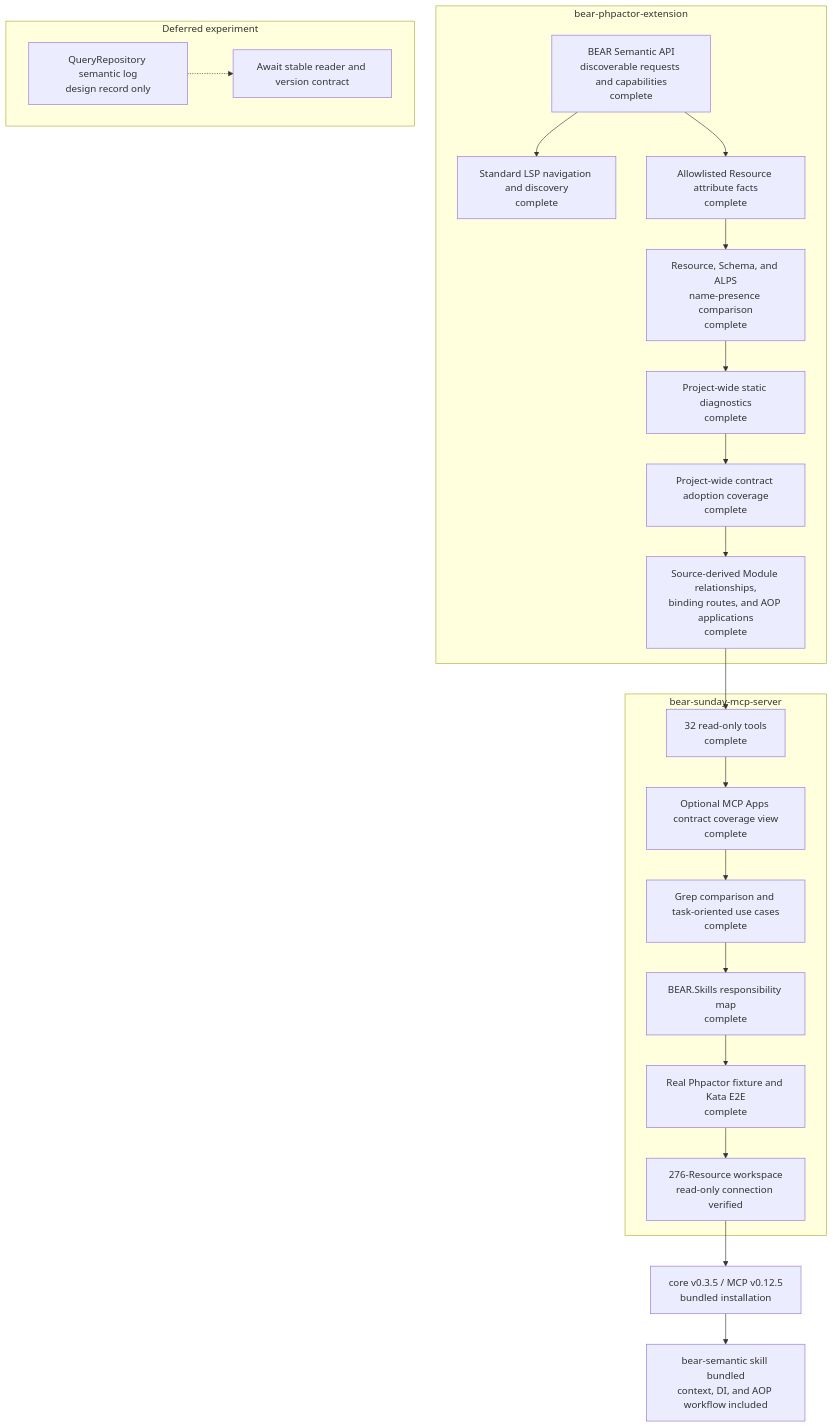
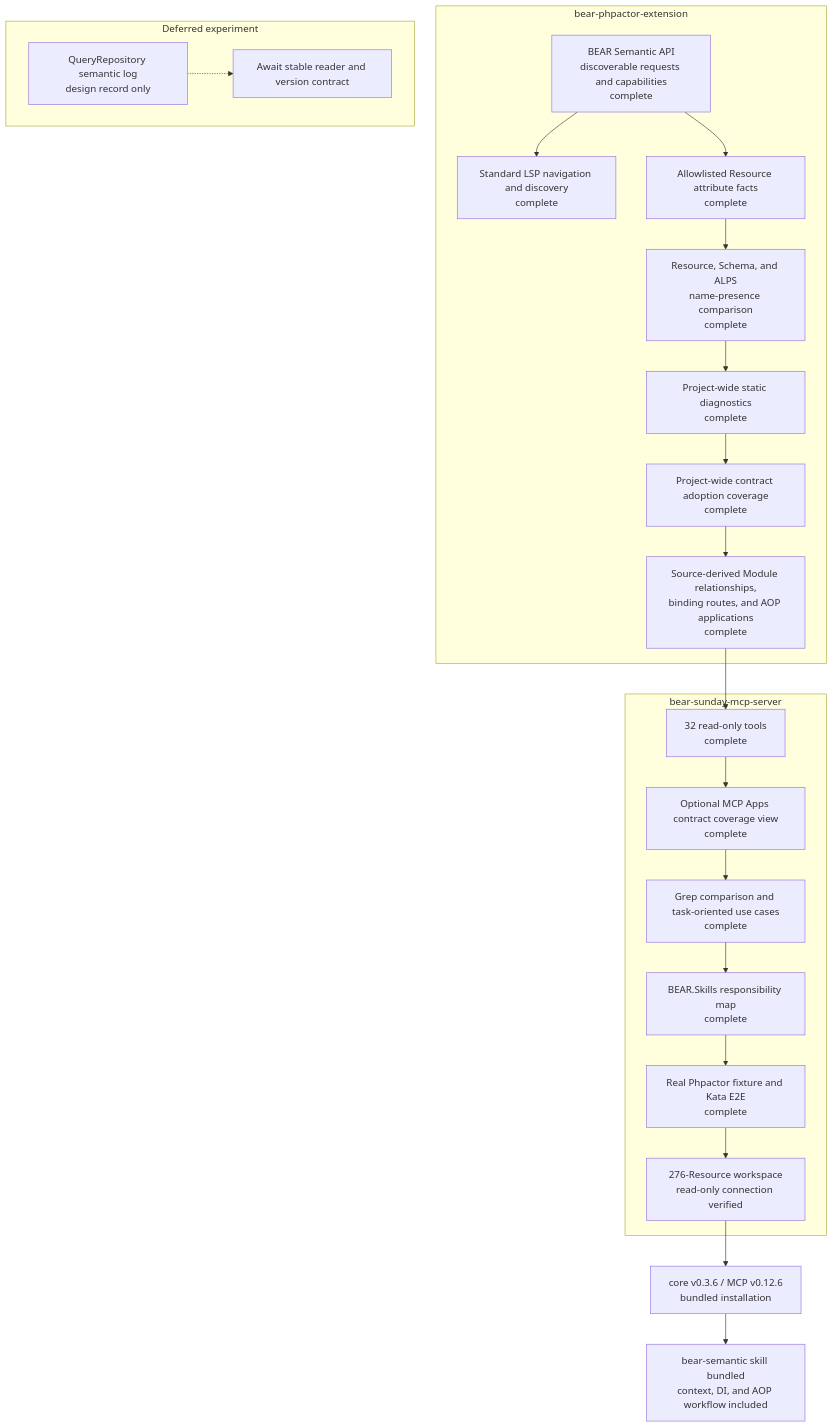
One commit to suzumaze/bear-sunday-mcp-server changed the diagram in docs/project-status.md. Above: the diagram before and after it, drawn with Mermaid. The commit also changed other lines of this file and 7 other files, not shown here.

````diff
--- a/docs/project-status.md
+++ b/docs/project-status.md
@@ -9,35 +9,35 @@
 ```mermaid
 flowchart TB
     subgraph Core["bear-phpactor-extension"]
         C1["BEAR Semantic API<br/>discoverable requests and capabilities<br/>complete"]
         C2["Standard LSP navigation and discovery<br/>complete"]
         C3["Allowlisted Resource attribute facts<br/>complete"]
         C4["Resource, Schema, and ALPS<br/>name-presence comparison<br/>complete"]
         C5["Project-wide static diagnostics<br/>complete"]
         C6["Project-wide contract adoption coverage<br/>complete"]
         C7["Source-derived Module relationships,<br/>binding routes, and AOP applications<br/>complete"]
         C1 --> C2
         C1 --> C3 --> C4 --> C5 --> C6 --> C7
     end
 
     subgraph MCP["bear-sunday-mcp-server"]
         M1["32 read-only tools<br/>complete"]
         M0["Optional MCP Apps contract coverage view<br/>complete"]
         M2["Grep comparison and task-oriented use cases<br/>complete"]
         M3["BEAR.Skills responsibility map<br/>complete"]
         M4["Real Phpactor fixture and Kata E2E<br/>complete"]
         M5["276-Resource workspace<br/>read-only connection verified"]
         M1 --> M0 --> M2 --> M3 --> M4 --> M5
     end
 
     C7 --> M1
 
     subgraph Deferred["Deferred experiment"]
         D1["QueryRepository semantic log<br/>design record only"]
         D2["Await stable reader and version contract"]
         D1 -.-> D2
     end
 
-    M5 --> R1["core v0.3.5 / MCP v0.12.5<br/>bundled installation"]
+    M5 --> R1["core v0.3.6 / MCP v0.12.6<br/>bundled installation"]
     R1 --> S1["bear-semantic skill bundled<br/>context, DI, and AOP workflow included"]
 ```
````
